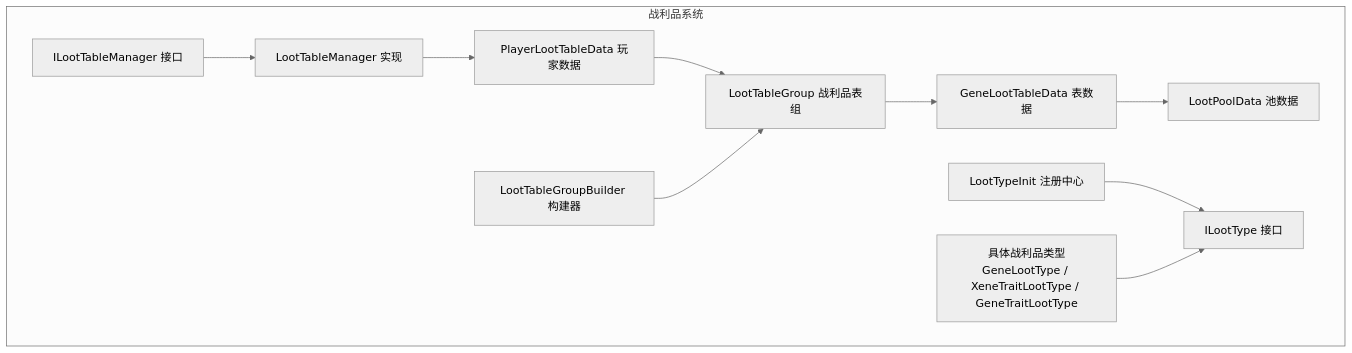
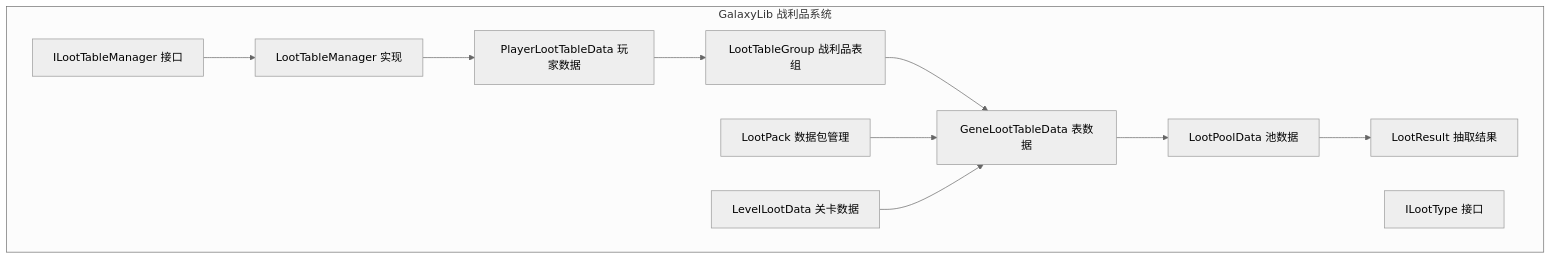
The first of 5 diagrams in .qoder/repowiki/zh/content/模块架构/Biotech基因科技模块/战利品系统.md (Ver-shift/SubModulesGeneHunter), drawn with Mermaid (neutral theme) before and after one commit. The commit also changed other lines of this file and 42 other files, not shown here.

````diff
--- a/.qoder/repowiki/zh/content/模块架构/Biotech基因科技模块/战利品系统.md
+++ b/.qoder/repowiki/zh/content/模块架构/Biotech基因科技模块/战利品系统.md
@@ -47,23 +54,23 @@
 ```mermaid
 graph TB
-subgraph "战利品系统"
+subgraph "GalaxyLib 战利品系统"
 A["ILootTableManager 接口"]
 B["LootTableManager 实现"]
 C["ILootType 接口"]
-D["LootTypeInit 注册中心"]
-E["PlayerLootTableData 玩家数据"]
-F["LootTableGroup 战利品表组"]
-G["LootPoolData 池数据"]
-H["GeneLootTableData 表数据"]
-I["LootTableGroupBuilder 构建器"]
-J["具体战利品类型<br/>GeneLootType / XeneTraitLootType / GeneTraitLootType"]
+D["PlayerLootTableData 玩家数据"]
+E["LootTableGroup 战利品表组"]
+F["LootPoolData 池数据"]
+G["GeneLootTableData 表数据"]
+H["LootPack 数据包管理"]
+I["LevelLootData 关卡数据"]
+J["LootResult 抽取结果"]
 end
 A --> B
-B --> E
-E --> F
-F --> H
+B --> D
+D --> E
+E --> G
+G --> F
+F --> J
 H --> G
-I --> F
-D --> C
-J --> C
+I --> G
 ```
````
